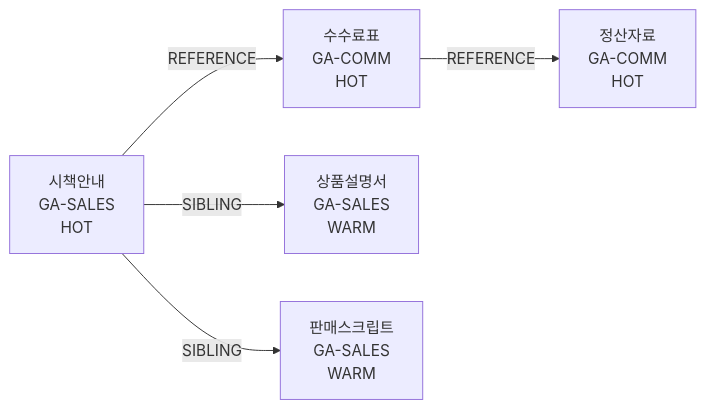
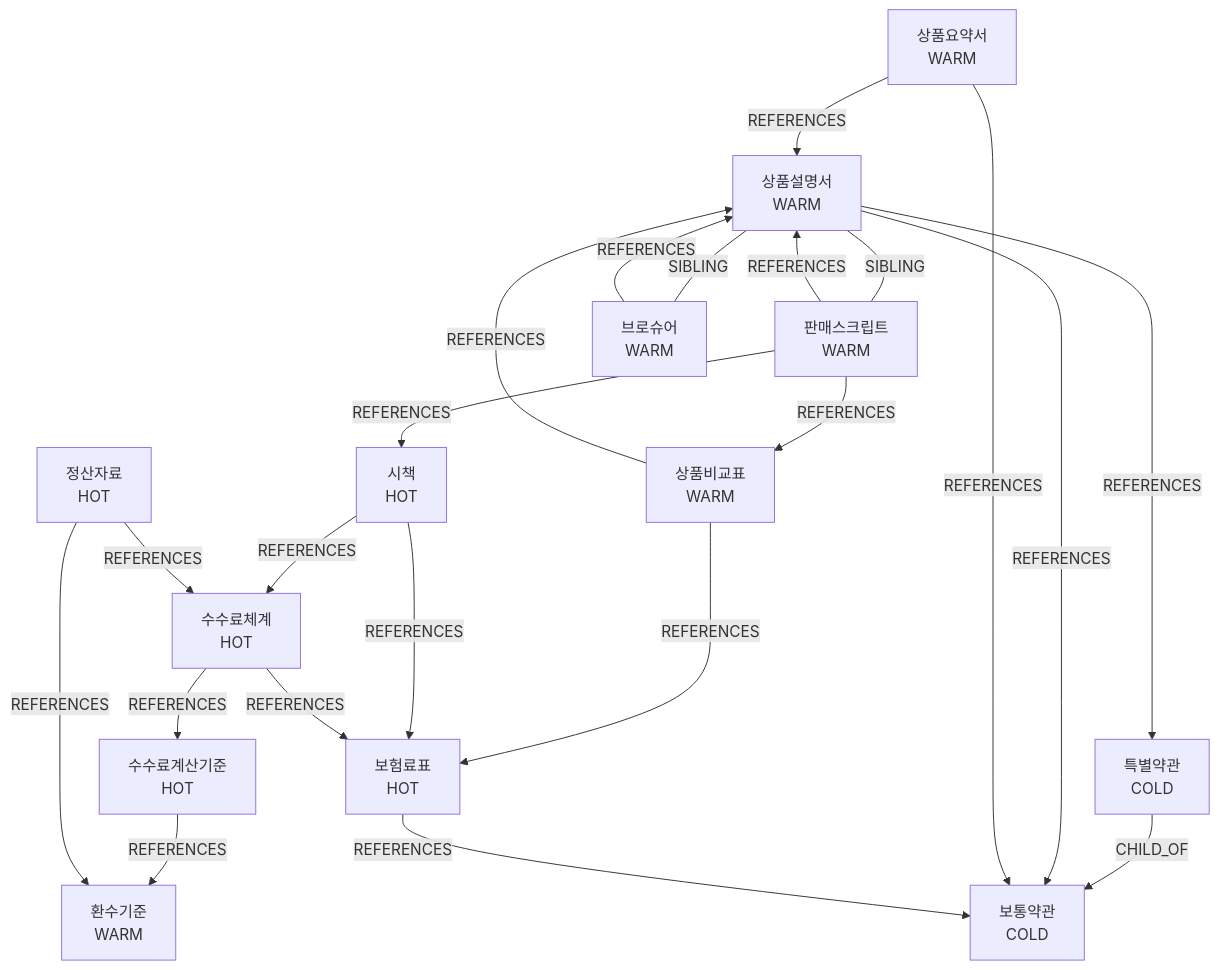
Diagram 12 of 16 in docs/design/knowledge-architecture.md (eyjs/KMS), drawn with Mermaid before and after one commit. The commit also changed other lines of this file, not shown here.

````diff
--- a/docs/design/knowledge-architecture.md
+++ b/docs/design/knowledge-architecture.md
@@ -272,7 +701,38 @@
 ```mermaid
-graph LR
-    A[시책안내<br/>GA-SALES<br/>HOT] -->|REFERENCE| B[수수료표<br/>GA-COMM<br/>HOT]
-    B -->|REFERENCE| C[정산자료<br/>GA-COMM<br/>HOT]
-    A -->|SIBLING| D[상품설명서<br/>GA-SALES<br/>WARM]
-    A -->|SIBLING| E[판매스크립트<br/>GA-SALES<br/>WARM]
+graph TB
+    TERMS["보통약관<br/>COLD"]
+    TERMS_SP["특별약관<br/>COLD"]
+    GUIDE["상품설명서<br/>WARM"]
+    RATE["보험료표<br/>HOT"]
+    SCRIPT["판매스크립트<br/>WARM"]
+    BROCHURE["브로슈어<br/>WARM"]
+    SUMMARY["상품요약서<br/>WARM"]
+    INCENTIVE["시책<br/>HOT"]
+    COMMISSION["수수료체계<br/>HOT"]
+    COMM_CALC["수수료계산기준<br/>HOT"]
+    CHARGEBACK["환수기준<br/>WARM"]
+    SETTLEMENT["정산자료<br/>HOT"]
+    COMPARISON["상품비교표<br/>WARM"]
+
+    TERMS_SP -->|CHILD_OF| TERMS
+    GUIDE -->|REFERENCES| TERMS
+    GUIDE -->|REFERENCES| TERMS_SP
+    GUIDE ---|SIBLING| SCRIPT
+    GUIDE ---|SIBLING| BROCHURE
+    BROCHURE -->|REFERENCES| GUIDE
+    SUMMARY -->|REFERENCES| GUIDE
+    SUMMARY -->|REFERENCES| TERMS
+    RATE -->|REFERENCES| TERMS
+    COMPARISON -->|REFERENCES| GUIDE
+    COMPARISON -->|REFERENCES| RATE
+    SCRIPT -->|REFERENCES| GUIDE
+    SCRIPT -->|REFERENCES| INCENTIVE
+    SCRIPT -->|REFERENCES| COMPARISON
+    INCENTIVE -->|REFERENCES| COMMISSION
+    INCENTIVE -->|REFERENCES| RATE
+    COMMISSION -->|REFERENCES| RATE
+    COMMISSION -->|REFERENCES| COMM_CALC
+    COMM_CALC -->|REFERENCES| CHARGEBACK
+    SETTLEMENT -->|REFERENCES| COMMISSION
+    SETTLEMENT -->|REFERENCES| CHARGEBACK
 ```
````
